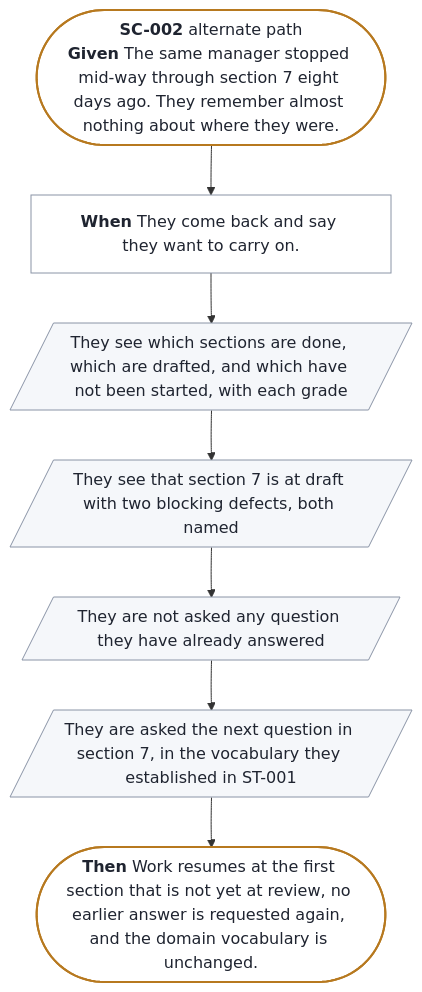
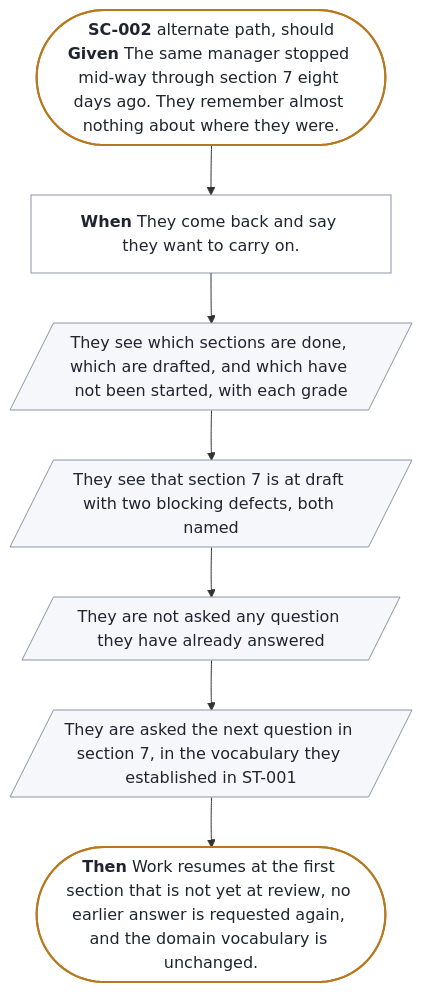
One commit to SpillwaveSolutions/prd-forge changed the diagram in docs/prd/prd-forge/diagrams/SC-002.mmd. Above: the diagram before and after it, drawn with Mermaid. The commit also changed 116 other files, not shown here.

```diff
--- a/docs/prd/prd-forge/diagrams/SC-002.mmd
+++ b/docs/prd/prd-forge/diagrams/SC-002.mmd
@@ -1,20 +1,20 @@
 %% Generated by prd-diagrams.mjs from the scenario front matter. Do not edit.
 %%{init: {"flowchart": {"wrappingWidth": 300}}}%%
 flowchart TB
-  start(["<b>SC-002</b> alternate path<br/><b>Given</b> The same manager stopped mid-way through section 7 eight days ago. They remember almost nothing about where they were."])
+  start(["<b>SC-002</b> alternate path, should<br/><b>Given</b> The same manager stopped mid-way through section 7 eight days ago. They remember almost nothing about where they were."])
   trigger["<b>When</b> They come back and say they want to carry on."]
   s0[/"They see which sections are done, which are drafted, and which have not been started, with each grade"/]
   s1[/"They see that section 7 is at draft with two blocking defects, both named"/]
   s2[/"They are not asked any question they have already answered"/]
   s3[/"They are asked the next question in section 7, in the vocabulary they established in ST-001"/]
   done(["<b>Then</b> Work resumes at the first section that is not yet at review, no earlier answer is requested again, and the domain vocabulary is unchanged."])
   start --> trigger --> s0 --> s1 --> s2 --> s3 --> done
   classDef ends fill:#FFFFFF,stroke:#B7791F,stroke-width:2px,color:#1F2430
   classDef sees fill:#F5F7FA,stroke:#8A94A6,color:#1F2430
   classDef does fill:#FFFFFF,stroke:#8A94A6,color:#1F2430
   class start,done ends
   class s0 sees
   class s1 sees
   class s2 sees
   class s3 sees
   class trigger does
```
